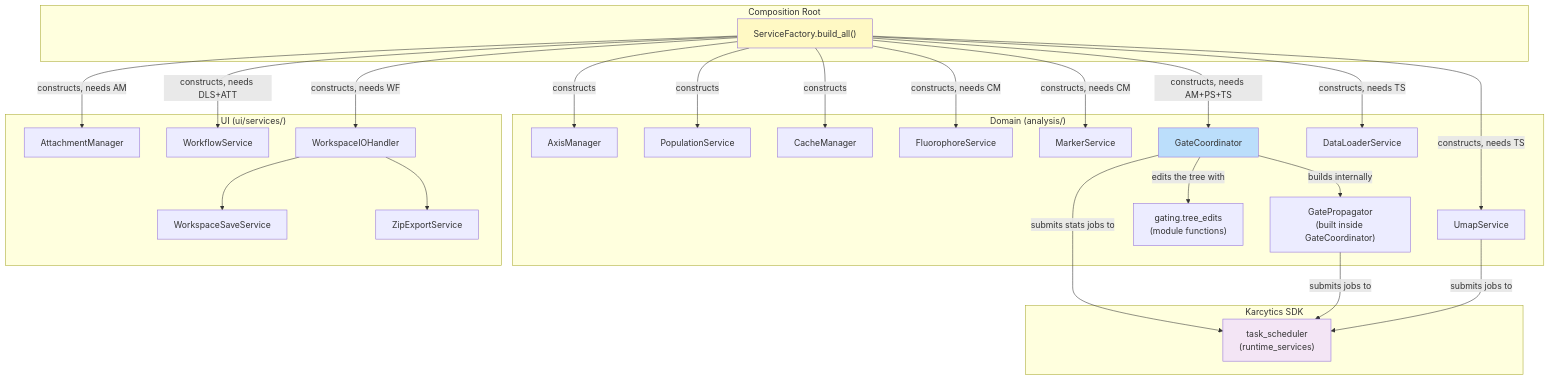
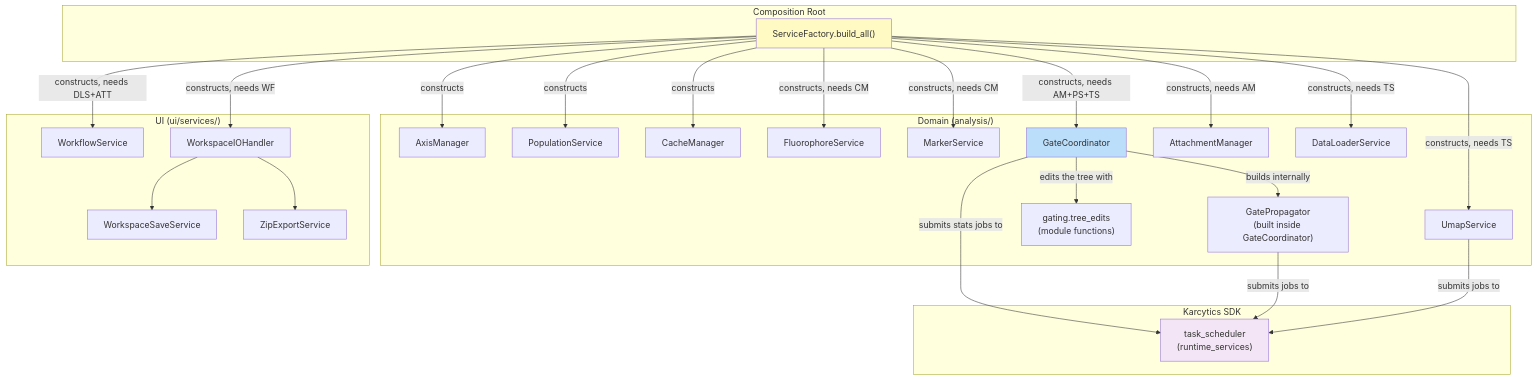
The diagram in docs/developer/04_SERVICES_AND_DEPENDENCY_INJECTION.md (KalaimaranB/Karcytics-flow-cytometry), drawn with Mermaid before and after one commit. The commit also changed other lines of this file and 45 other files, not shown here.

````diff
--- a/docs/developer/04_SERVICES_AND_DEPENDENCY_INJECTION.md
+++ b/docs/developer/04_SERVICES_AND_DEPENDENCY_INJECTION.md
@@ -81,56 +81,56 @@
 ```mermaid
 graph TB
     subgraph SDK["Karcytics SDK"]
         TS["task_scheduler<br/>(runtime_services)"]
     end
 
     subgraph Root["Composition Root"]
         SF["ServiceFactory.build_all()"]
     end
 
     subgraph Domain["Domain (analysis/)"]
         AM["AxisManager"]
         PS["PopulationService"]
         CM["CacheManager"]
         FS["FluorophoreService"]
         MS["MarkerService"]
         GC["GateCoordinator"]
         GP["GatePropagator<br/>(built inside GateCoordinator)"]
         TE["gating.tree_edits<br/>(module functions)"]
+        ATT["AttachmentManager"]
         DLS["DataLoaderService"]
         US["UmapService"]
     end
 
     subgraph UI["UI (ui/services/)"]
-        ATT["AttachmentManager"]
         WF["WorkflowService"]
         WIO["WorkspaceIOHandler"]
         WSS["WorkspaceSaveService"]
         ZIP["ZipExportService"]
     end
 
     SF -->|constructs| AM
     SF -->|constructs| PS
     SF -->|constructs| CM
     SF -->|constructs, needs CM| FS
     SF -->|constructs, needs CM| MS
     SF -->|constructs, needs AM+PS+TS| GC
     SF -->|constructs, needs TS| DLS
     SF -->|constructs, needs AM| ATT
     SF -->|constructs, needs DLS+ATT| WF
     SF -->|constructs, needs TS| US
     SF -->|constructs, needs WF| WIO
 
     GC -->|builds internally| GP
     GC -->|edits the tree with| TE
     GC -->|submits stats jobs to| TS
     GP -->|submits jobs to| TS
     US -->|submits jobs to| TS
 
     WIO --> WSS
     WIO --> ZIP
 
     style SF fill:#fff9c4
     style GC fill:#bbdefb
     style TS fill:#f3e5f5
 ```
````
